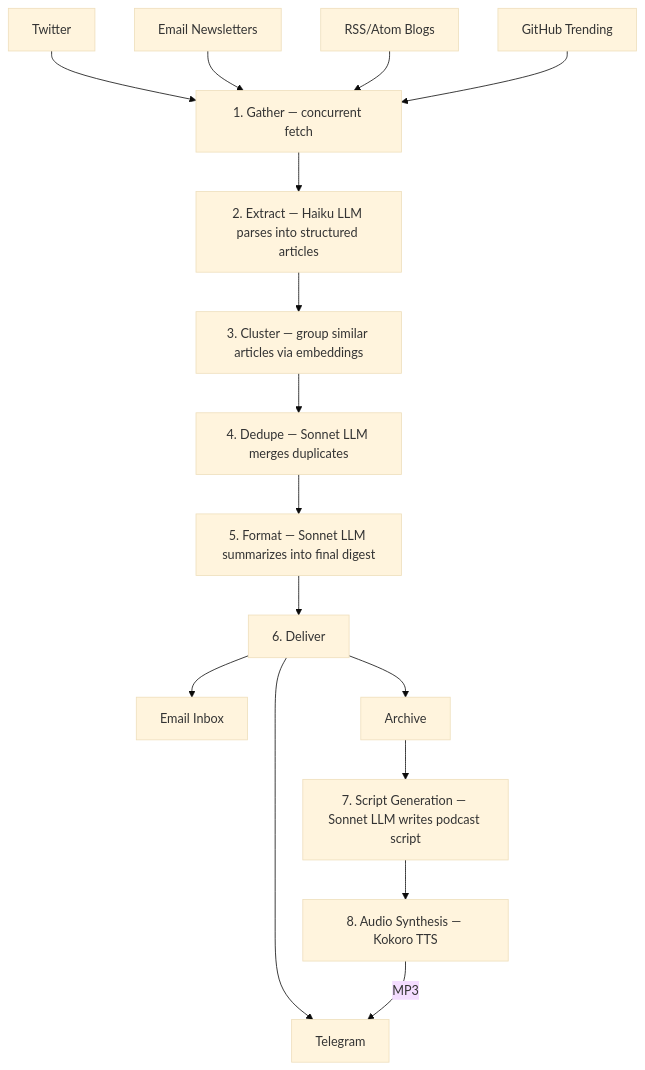
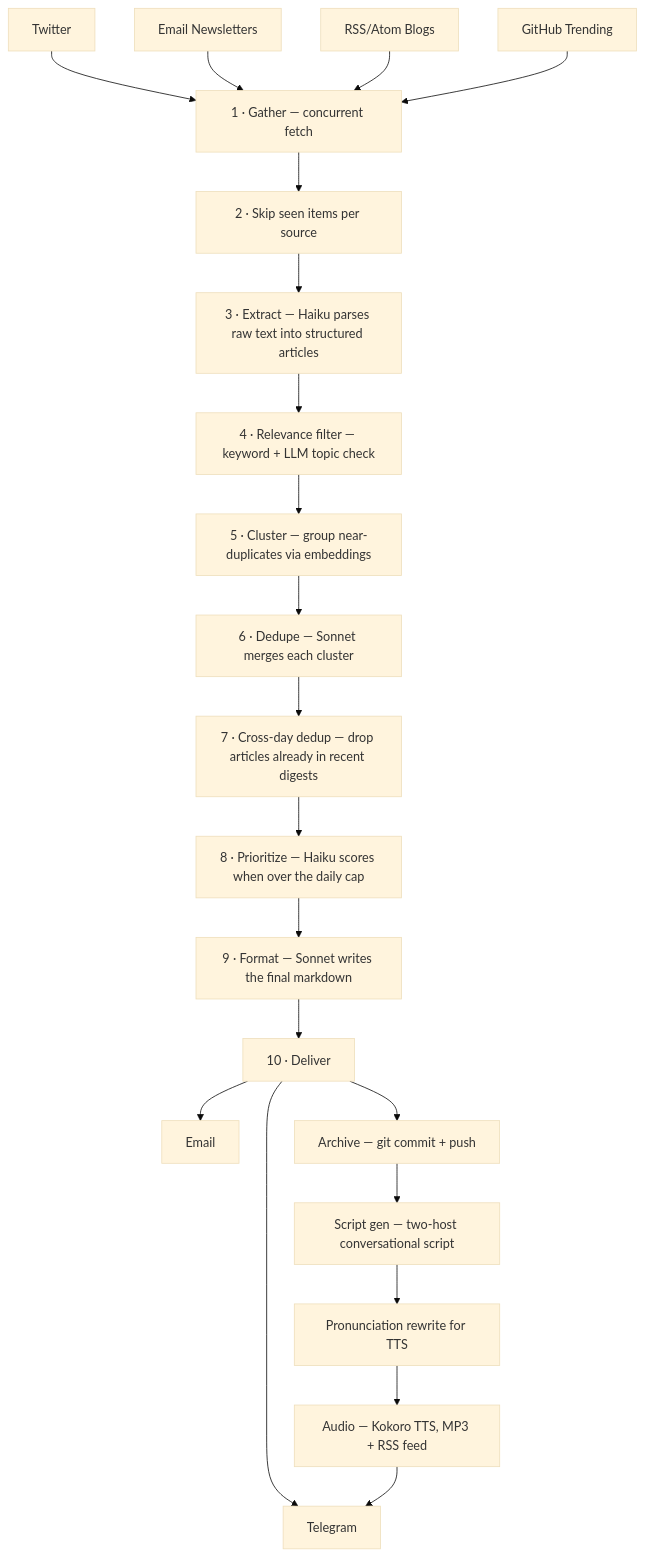
Before and after one commit to mjwoolley/digest-pipeline: the diagram in README.md, drawn with Mermaid (base theme). The commit also changed other lines of this file, not shown here.

First line of the commit message:
Rewrite README to match current pipeline and module set

````diff
--- a/README.md
+++ b/README.md
@@ -15,21 +9,26 @@
 ```mermaid
 flowchart TD
     TW[Twitter] & EM[Email Newsletters] & BL[RSS/Atom Blogs] & GH[GitHub Trending]
 
     TW & EM & BL & GH --> GA
 
-    GA[1. Gather — concurrent fetch]
-    GA --> EX[2. Extract — Haiku LLM parses into structured articles]
-    EX --> CL[3. Cluster — group similar articles via embeddings]
-    CL --> DD[4. Dedupe — Sonnet LLM merges duplicates]
-    DD --> FM[5. Format — Sonnet LLM summarizes into final digest]
-    FM --> DL[6. Deliver]
+    GA[1 · Gather — concurrent fetch]
+    GA --> SS[2 · Skip seen items per source]
+    SS --> EX[3 · Extract — Haiku parses raw text into structured articles]
+    EX --> RF[4 · Relevance filter — keyword + LLM topic check]
+    RF --> CL[5 · Cluster — group near-duplicates via embeddings]
+    CL --> DD[6 · Dedupe — Sonnet merges each cluster]
+    DD --> CD[7 · Cross-day dedup — drop articles already in recent digests]
+    CD --> PR[8 · Prioritize — Haiku scores when over the daily cap]
+    PR --> FM[9 · Format — Sonnet writes the final markdown]
+    FM --> DL[10 · Deliver]
 
-    DL --> EMAIL[Email Inbox]
+    DL --> EMAIL[Email]
     DL --> TG[Telegram]
-    DL --> AR[Archive]
+    DL --> AR[Archive — git commit + push]
 
-    AR --> SG[7. Script Generation — Sonnet LLM writes podcast script]
-    SG --> AU[8. Audio Synthesis — Kokoro TTS]
-    AU -->|MP3| TG
+    AR --> SG[Script gen — two-host conversational script]
+    SG --> PN[Pronunciation rewrite for TTS]
+    PN --> AU[Audio — Kokoro TTS, MP3 + RSS feed]
+    AU --> TG
 ```
````
